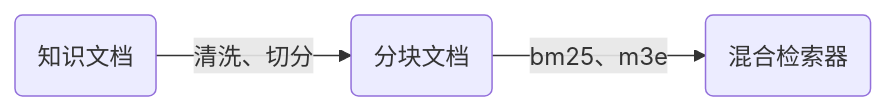
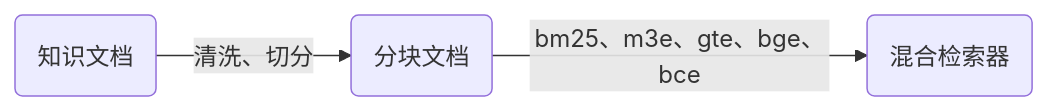
The first of 3 diagrams in README.md (wuzhongyanqiu/InternLM-Review-Assistant), drawn with Mermaid before and after one commit. The commit also changed other lines of this file and 8 other files, not shown here.

````diff
--- a/README.md
+++ b/README.md
@@ -221,5 +221,5 @@
 ```mermaid
 graph LR
     A(知识文档) -- 清洗、切分 --> B(分块文档)
-    B(分块文档) -- bm25、m3e --> C(混合检索器) 
+    B(分块文档) -- bm25、m3e、gte、bge、bce --> C(混合检索器) 
 ```
````
